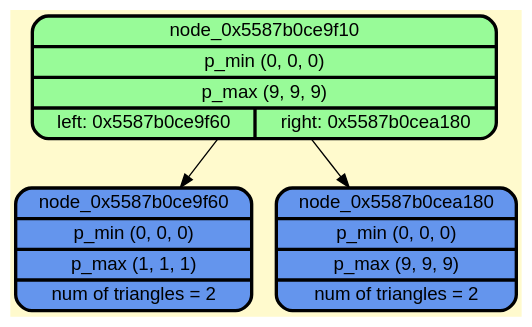
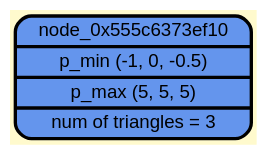
Before and after one commit to BulgakovDmitry/3D_triangles: the diagram in dump/graph_dump.gv, drawn with Graphviz. The commit also changed 21 other files, not shown here.

```diff
--- a/dump/graph_dump.gv
+++ b/dump/graph_dump.gv
@@ -1,12 +1,8 @@
 digraph G {
     rankdir=TB;
     node [style=filled, fontname="Helvetica", fontcolor=darkblue, fillcolor=peachpuff, color="#252A34", penwidth=2.5];
     bgcolor="lemonchiffon";
 
-    node_0x5587b0ce9f10 [shape=Mrecord; style=filled; fillcolor=palegreen; color="#000000"; fontcolor="#000000"; label="{ node_0x5587b0ce9f10 | p_min (0, 0, 0) | p_max (9, 9, 9) | { left: 0x5587b0ce9f60 | right: 0x5587b0cea180 } }"];
-    node_0x5587b0ce9f60 [shape=Mrecord; style=filled; fillcolor=cornflowerblue; color="#000000"; fontcolor="#000000"; label="{ node_0x5587b0ce9f60 | p_min (0, 0, 0) | p_max (1, 1, 1) | num of triangles = 2}"];
-    node_0x5587b0cea180 [shape=Mrecord; style=filled; fillcolor=cornflowerblue; color="#000000"; fontcolor="#000000"; label="{ node_0x5587b0cea180 | p_min (0, 0, 0) | p_max (9, 9, 9) | num of triangles = 2}"];
+    node_0x555c6373ef10 [shape=Mrecord; style=filled; fillcolor=cornflowerblue; color="#000000"; fontcolor="#000000"; label="{ node_0x555c6373ef10 | p_min (-1, 0, -0.5) | p_max (5, 5, 5) | num of triangles = 3}"];
 
-    node_0x5587b0ce9f10 -> node_0x5587b0ce9f60;
-    node_0x5587b0ce9f10 -> node_0x5587b0cea180;
 }
```
